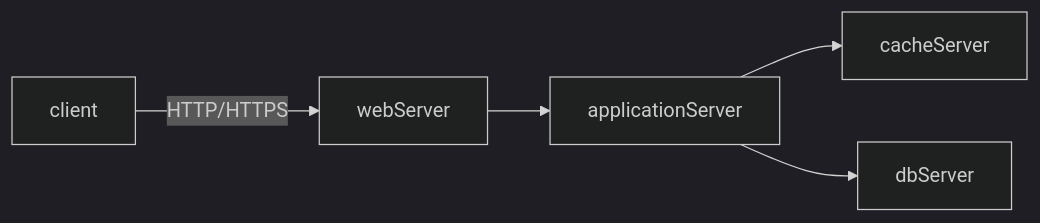
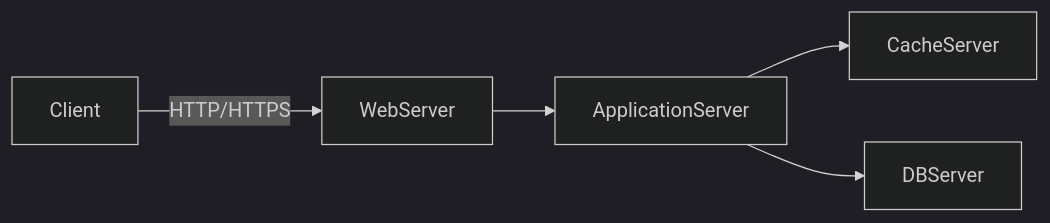
One commit to hanjingo/doc changed the second of 4 diagrams in PROJ/game_server_develop.md. Above: the diagram before and after it, drawn with Mermaid (dark theme). The commit also changed other lines of this file and 6 other files, not shown here.

````diff
--- a/PROJ/game_server_develop.md
+++ b/PROJ/game_server_develop.md
@@ -18,6 +36,6 @@
 ```mermaid
 graph LR
 
-client --HTTP/HTTPS--> webServer --> applicationServer --> cacheServer
-applicationServer --> dbServer
+Client --HTTP/HTTPS--> WebServer --> ApplicationServer --> CacheServer
+ApplicationServer --> DBServer
 ```
````
